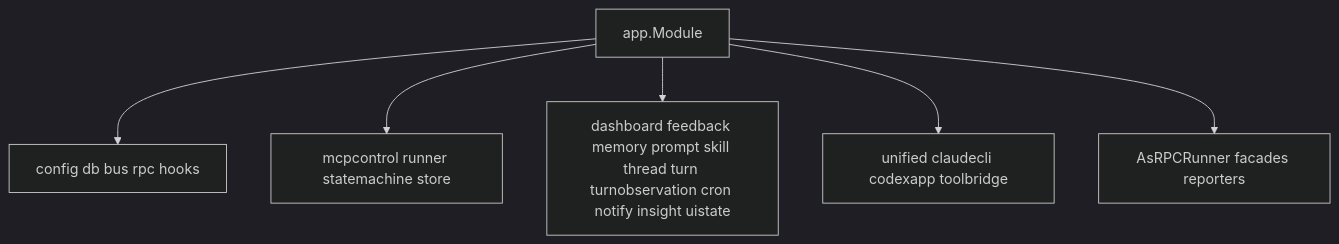
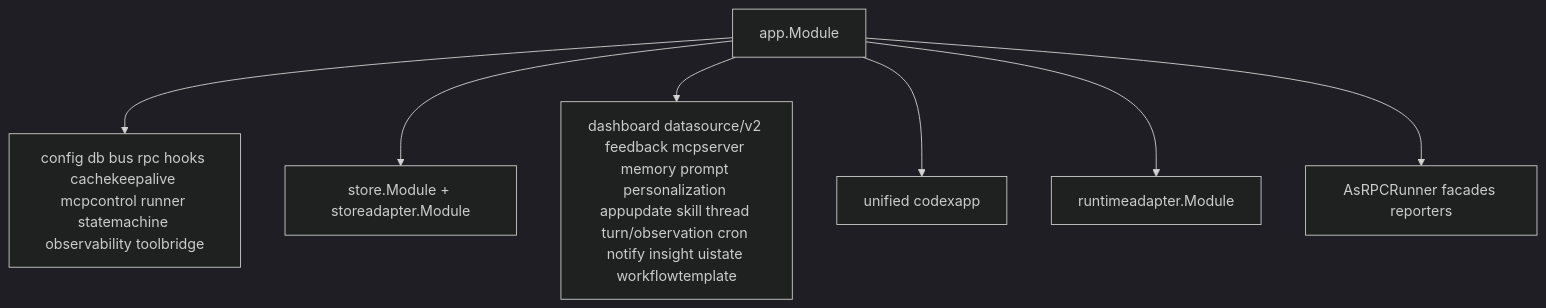
The second of 2 diagrams in docs/doc/codemap/04-app-contract.md (lihah111222333-cloud/Super-Dolphin-Agent-Cockpit), drawn with Mermaid (dark theme) before and after one commit. The commit also changed other lines of this file and 2 other files, not shown here.

Commit message:
docs(codemap): 更新 App adapter 分包地图

````diff
--- a/docs/doc/codemap/04-app-contract.md
+++ b/docs/doc/codemap/04-app-contract.md
@@ -309,8 +292,9 @@
 ```mermaid
 graph TD
-  app[app.Module] --> core[config db bus rpc hooks]
-  app --> infra[mcpcontrol runner statemachine store]
-  app --> biz[dashboard feedback memory prompt skill thread turn turnobservation cron notify insight uistate]
-  app --> provider[unified claudecli codexapp toolbridge]
+  app[app.Module] --> core[config db bus rpc hooks cachekeepalive mcpcontrol runner statemachine observability toolbridge]
+  app --> persistence[store.Module + storeadapter.Module]
+  app --> biz[dashboard datasource/v2 feedback mcpserver memory prompt personalization appupdate skill thread turn/observation cron notify insight uistate workflowtemplate]
+  app --> provider[unified codexapp]
+  app --> runtime[runtimeadapter.Module]
   app --> bridge[AsRPCRunner facades reporters]
 ```
````
